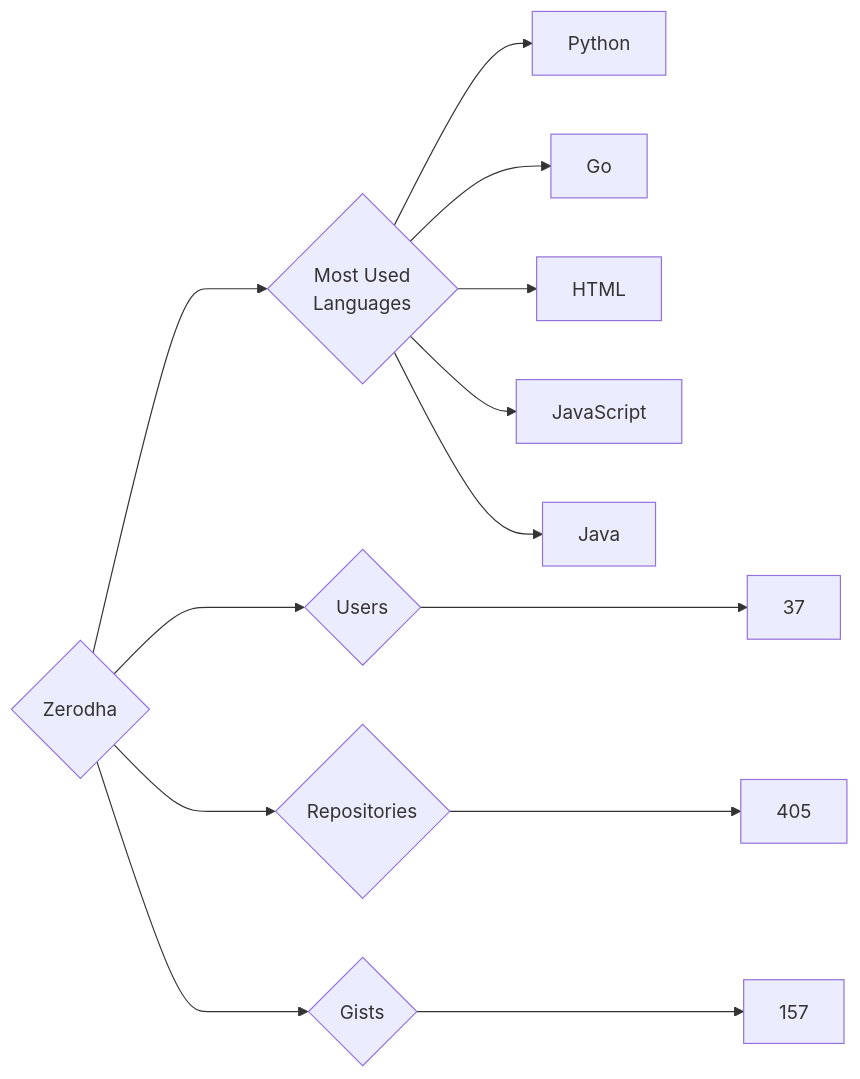
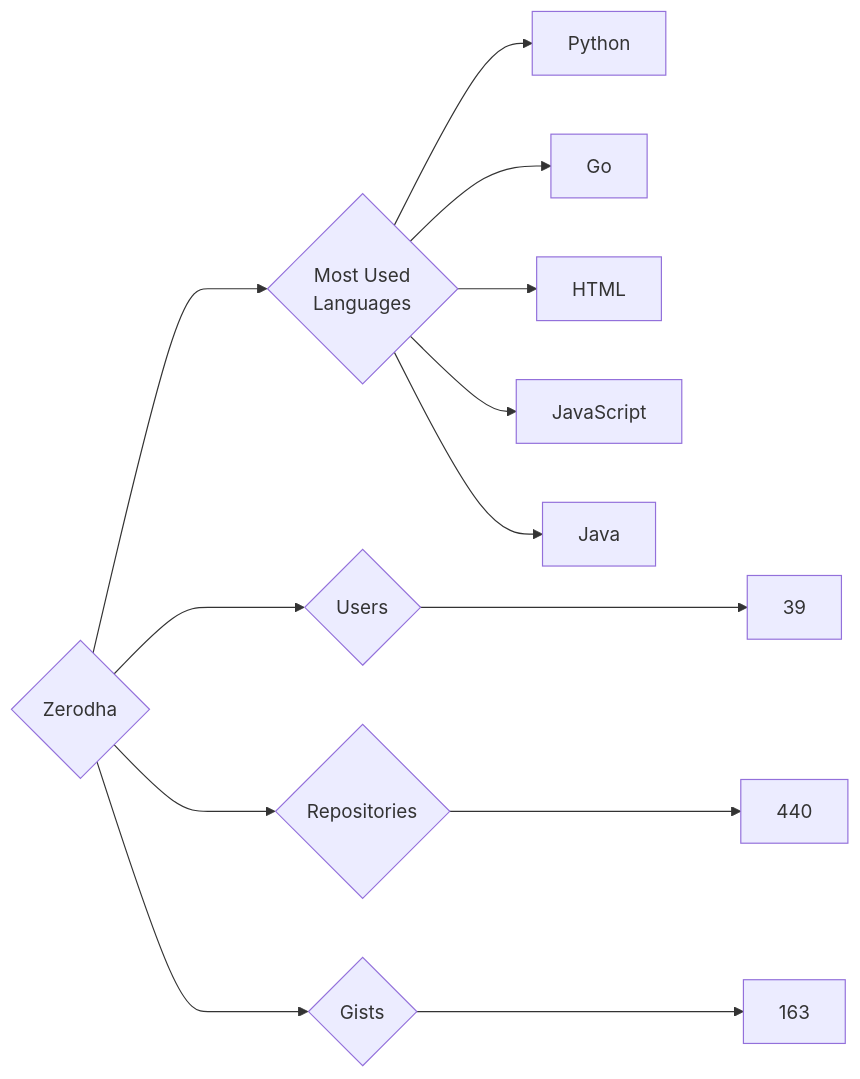
The diagram in targets/Zerodha/README.md (trickest/insiders), drawn with Mermaid before and after one commit. The commit also changed 970 other files, not shown here.

````diff
--- a/targets/Zerodha/README.md
+++ b/targets/Zerodha/README.md
@@ -3,13 +3,13 @@
 ```mermaid
 graph LR
 COMPANY_NAME{Zerodha}
-COMPANY_NAME ---> U{Users} ---> UN[37]
-COMPANY_NAME ---> R{Repositories} ---> RN[405]
-COMPANY_NAME ---> G{Gists} ---> GN[157]
+COMPANY_NAME ---> U{Users} ---> UN[39]
+COMPANY_NAME ---> R{Repositories} ---> RN[440]
+COMPANY_NAME ---> G{Gists} ---> GN[163]
 COMPANY_NAME ---> ML{Most Used<br>Languages}
 ML --> Python[Python]
 ML --> Go[Go]
 ML --> HTML[HTML]
 ML --> JavaScript[JavaScript]
 ML --> Java[Java]
 ```
````
